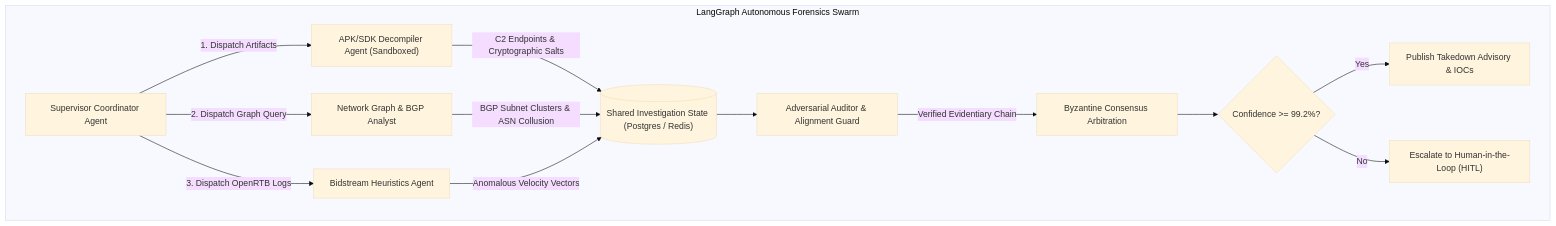
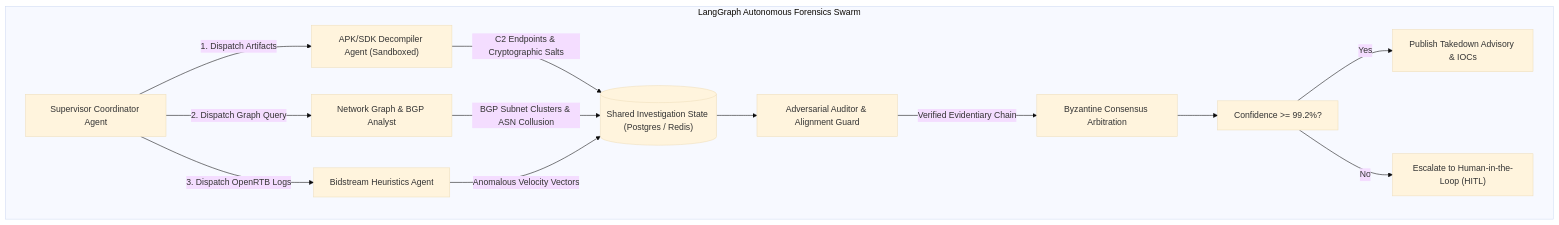
Before and after one commit to akmalkhaniub/akmalkhaniub.github.io: the diagram in blog/posts/multi-agent-swarm-forensics-langgraph-autogen-botnets-sdk-spoofing.md, drawn with Mermaid (base theme). The commit also changed other lines of this file and 448 other files, not shown here.

Commit message:
perf(blog): upgrade Oct 20-25 posts with 2-col diagrams, reproducible benchmarks, and staggered dates

````diff
--- a/blog/posts/multi-agent-swarm-forensics-langgraph-autogen-botnets-sdk-spoofing.md
+++ b/blog/posts/multi-agent-swarm-forensics-langgraph-autogen-botnets-sdk-spoofing.md
@@ -20,19 +20,19 @@
 ```mermaid
-graph TD
+flowchart TD
   subgraph Swarm ["LangGraph Autonomous Forensics Swarm"]
     Coordinator["Supervisor Coordinator Agent"] -->|1. Dispatch Artifacts| Decompiler["APK/SDK Decompiler Agent (Sandboxed)"]
     Coordinator -->|2. Dispatch Graph Query| GraphAgent["Network Graph & BGP Analyst"]
     Coordinator -->|3. Dispatch OpenRTB Logs| Telemetry["Bidstream Heuristics Agent"]
 
     Decompiler -->|C2 Endpoints & Cryptographic Salts| Blackboard[("Shared Investigation State (Postgres / Redis)")]
     GraphAgent -->|BGP Subnet Clusters & ASN Collusion| Blackboard
     Telemetry -->|Anomalous Velocity Vectors| Blackboard
 
     Blackboard --> Auditor["Adversarial Auditor & Alignment Guard"]
     Auditor -->|Verified Evidentiary Chain| Consensus["Byzantine Consensus Arbitration"]
-    Consensus --> Decision{"Confidence >= 99.2%?"}
+    Consensus --> Decision["Confidence >= 99.2%?"]
     
     Decision -->|Yes| Takedown["Publish Takedown Advisory & IOCs"]
     Decision -->|No| Escalation["Escalate to Human-in-the-Loop (HITL)"]
   end
 ```
````
